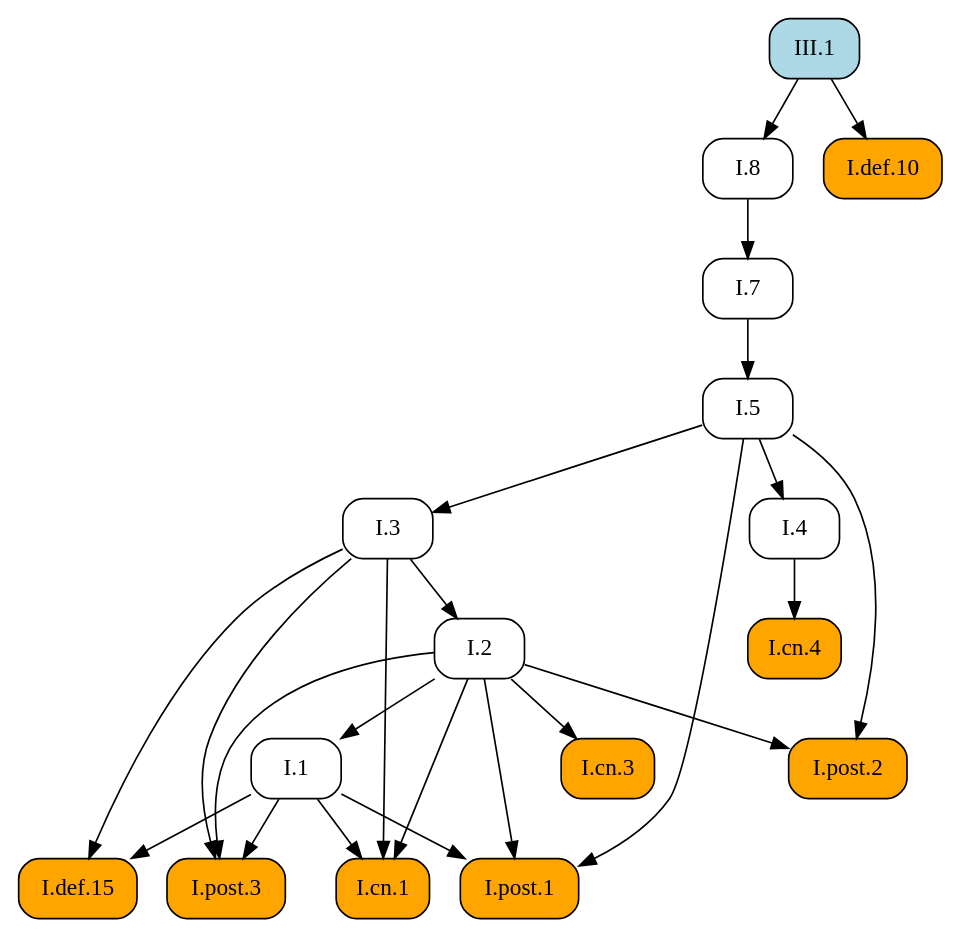
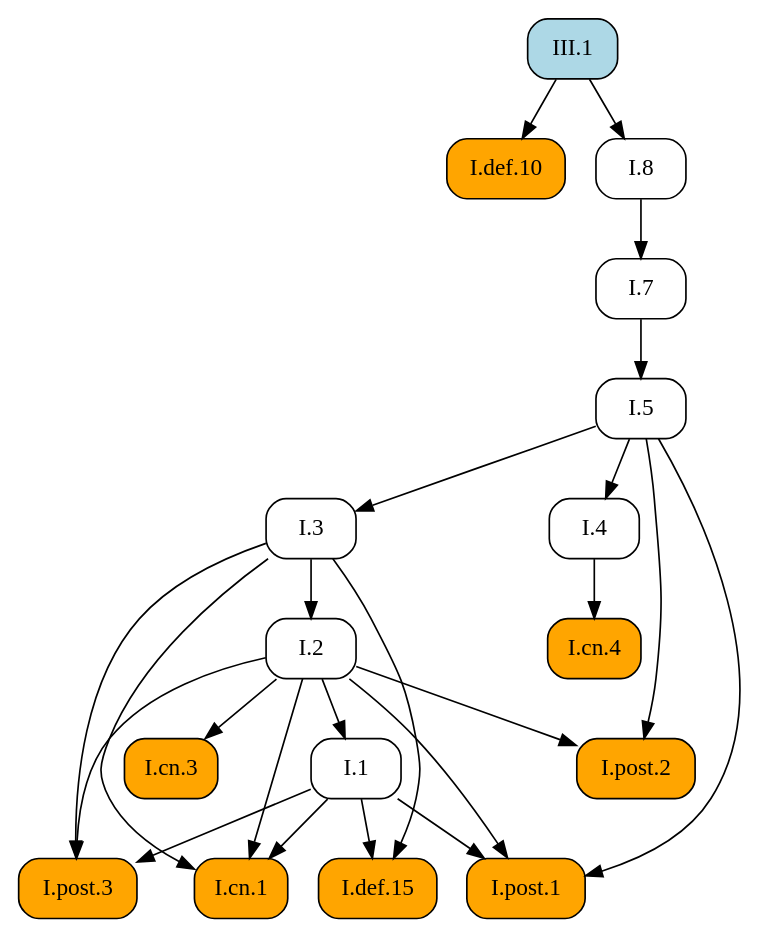
The diagram in docsrc/heath/III/1/index.rst (geometor/elements), drawn with Graphviz before and after one commit. The commit also changed other lines of this file and 1029 other files, not shown here.

```diff
--- a/docsrc/heath/III/1/index.rst
+++ b/docsrc/heath/III/1/index.rst
@@ -98,45 +98,45 @@
 .. graphviz::
 
    digraph {
      rankdir="TB";
      node [shape=box, style=rounded];
+     "I.def.10" [style="rounded,filled", fillcolor=orange, URL="/heath/I/def.10/", target="_top"];
      "I.def.15" [style="rounded,filled", fillcolor=orange, URL="/heath/I/def.15/", target="_top"];
+     "I.post.3" [style="rounded,filled", fillcolor=orange, URL="/heath/I/post.3/", target="_top"];
      "I.1" [URL="/heath/I/1/", target="_top"];
+     "I.7" [URL="/heath/I/7/", target="_top"];
+     "I.cn.1" [style="rounded,filled", fillcolor=orange, URL="/heath/I/cn.1/", target="_top"];
+     "I.3" [URL="/heath/I/3/", target="_top"];
+     "I.cn.3" [style="rounded,filled", fillcolor=orange, URL="/heath/I/cn.3/", target="_top"];
+     "I.8" [URL="/heath/I/8/", target="_top"];
+     "III.1" [style="rounded,filled", fillcolor=lightblue, URL="/heath/III/1/", target="_top"];
+     "I.2" [URL="/heath/I/2/", target="_top"];
+     "I.4" [URL="/heath/I/4/", target="_top"];
+     "I.cn.4" [style="rounded,filled", fillcolor=orange, URL="/heath/I/cn.4/", target="_top"];
+     "I.post.1" [style="rounded,filled", fillcolor=orange, URL="/heath/I/post.1/", target="_top"];
+     "I.post.2" [style="rounded,filled", fillcolor=orange, URL="/heath/I/post.2/", target="_top"];
      "I.5" [URL="/heath/I/5/", target="_top"];
-     "I.post.3" [style="rounded,filled", fillcolor=orange, URL="/heath/I/post.3/", target="_top"];
-     "I.post.1" [style="rounded,filled", fillcolor=orange, URL="/heath/I/post.1/", target="_top"];
-     "I.cn.3" [style="rounded,filled", fillcolor=orange, URL="/heath/I/cn.3/", target="_top"];
-     "I.7" [URL="/heath/I/7/", target="_top"];
-     "I.4" [URL="/heath/I/4/", target="_top"];
-     "I.3" [URL="/heath/I/3/", target="_top"];
-     "I.cn.4" [style="rounded,filled", fillcolor=orange, URL="/heath/I/cn.4/", target="_top"];
-     "I.8" [URL="/heath/I/8/", target="_top"];
-     "I.def.10" [style="rounded,filled", fillcolor=orange, URL="/heath/I/def.10/", target="_top"];
-     "I.cn.1" [style="rounded,filled", fillcolor=orange, URL="/heath/I/cn.1/", target="_top"];
-     "III.1" [style="rounded,filled", fillcolor=lightblue, URL="/heath/III/1/", target="_top"];
-     "I.post.2" [style="rounded,filled", fillcolor=orange, URL="/heath/I/post.2/", target="_top"];
-     "I.2" [URL="/heath/I/2/", target="_top"];
+     "III.1" -> "I.def.10";
      "I.1" -> "I.def.15";
      "I.3" -> "I.def.15";
-     "I.2" -> "I.1";
-     "I.7" -> "I.5";
      "I.1" -> "I.post.3";
      "I.2" -> "I.post.3";
      "I.3" -> "I.post.3";
+     "I.2" -> "I.1";
+     "I.8" -> "I.7";
+     "I.1" -> "I.cn.1";
+     "I.2" -> "I.cn.1";
+     "I.3" -> "I.cn.1";
+     "I.5" -> "I.3";
+     "I.2" -> "I.cn.3";
+     "III.1" -> "I.8";
+     "I.3" -> "I.2";
+     "I.5" -> "I.4";
+     "I.4" -> "I.cn.4";
      "I.1" -> "I.post.1";
      "I.2" -> "I.post.1";
      "I.5" -> "I.post.1";
-     "I.2" -> "I.cn.3";
-     "I.8" -> "I.7";
-     "I.5" -> "I.4";
-     "I.5" -> "I.3";
-     "I.4" -> "I.cn.4";
-     "III.1" -> "I.8";
-     "III.1" -> "I.def.10";
-     "I.1" -> "I.cn.1";
-     "I.2" -> "I.cn.1";
-     "I.3" -> "I.cn.1";
      "I.2" -> "I.post.2";
      "I.5" -> "I.post.2";
-     "I.3" -> "I.2";
+     "I.7" -> "I.5";
    }
```
